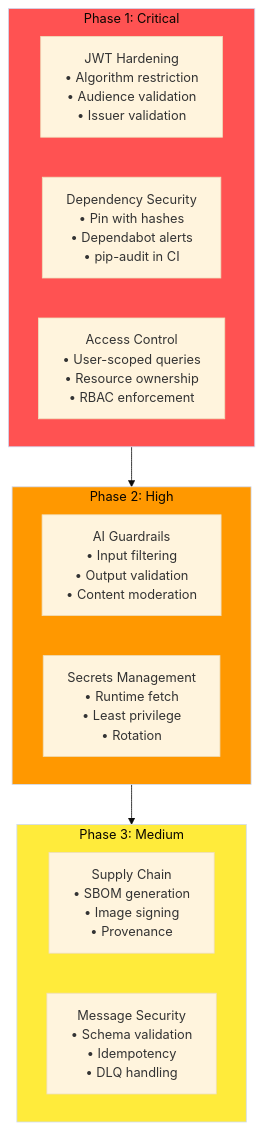
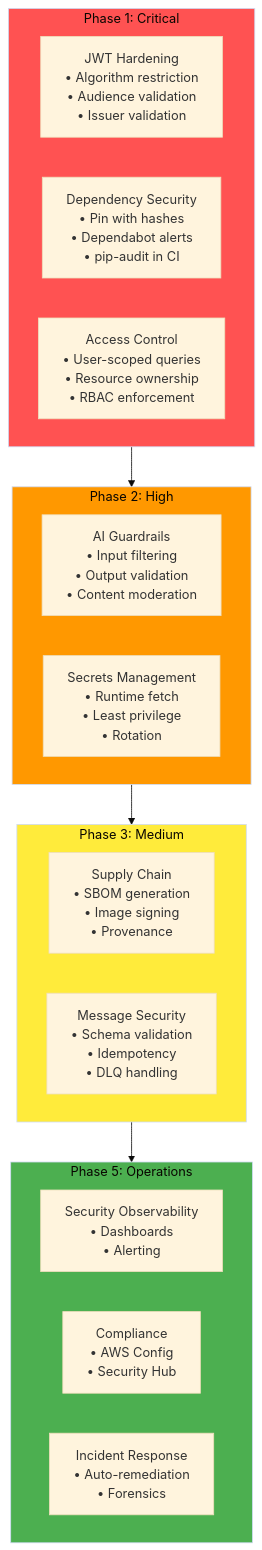
One commit to Walsen/devsecops-poc changed diagram 21 of 21 in docs/security.md. Above: the diagram before and after it, drawn with Mermaid (base theme). The commit also changed other lines of this file and 26 other files, not shown here.

First line of the commit message:
feat: Phase 4-5 security hardening complete

````diff
--- a/docs/security.md
+++ b/docs/security.md
@@ -799,24 +841,31 @@
 ```mermaid
 flowchart TB
     subgraph Phase1["Phase 1: Critical"]
         JWT["JWT Hardening<br/>• Algorithm restriction<br/>• Audience validation<br/>• Issuer validation"]
         DEPS["Dependency Security<br/>• Pin with hashes<br/>• Dependabot alerts<br/>• pip-audit in CI"]
         ACCESS["Access Control<br/>• User-scoped queries<br/>• Resource ownership<br/>• RBAC enforcement"]
     end
 
     subgraph Phase2["Phase 2: High"]
         AI_FIX["AI Guardrails<br/>• Input filtering<br/>• Output validation<br/>• Content moderation"]
         SECRETS_FIX["Secrets Management<br/>• Runtime fetch<br/>• Least privilege<br/>• Rotation"]
     end
 
     subgraph Phase3["Phase 3: Medium"]
         SBOM_FIX["Supply Chain<br/>• SBOM generation<br/>• Image signing<br/>• Provenance"]
         MSG_FIX["Message Security<br/>• Schema validation<br/>• Idempotency<br/>• DLQ handling"]
     end
 
-    Phase1 --> Phase2 --> Phase3
+    subgraph Phase5["Phase 5: Operations"]
+        OBS["Security Observability<br/>• Dashboards<br/>• Alerting"]
+        COMP["Compliance<br/>• AWS Config<br/>• Security Hub"]
+        IR["Incident Response<br/>• Auto-remediation<br/>• Forensics"]
+    end
+
+    Phase1 --> Phase2 --> Phase3 --> Phase5
 
     style Phase1 fill:#ff5252
     style Phase2 fill:#ff9800
     style Phase3 fill:#ffeb3b
+    style Phase5 fill:#4caf50
 ```
````
